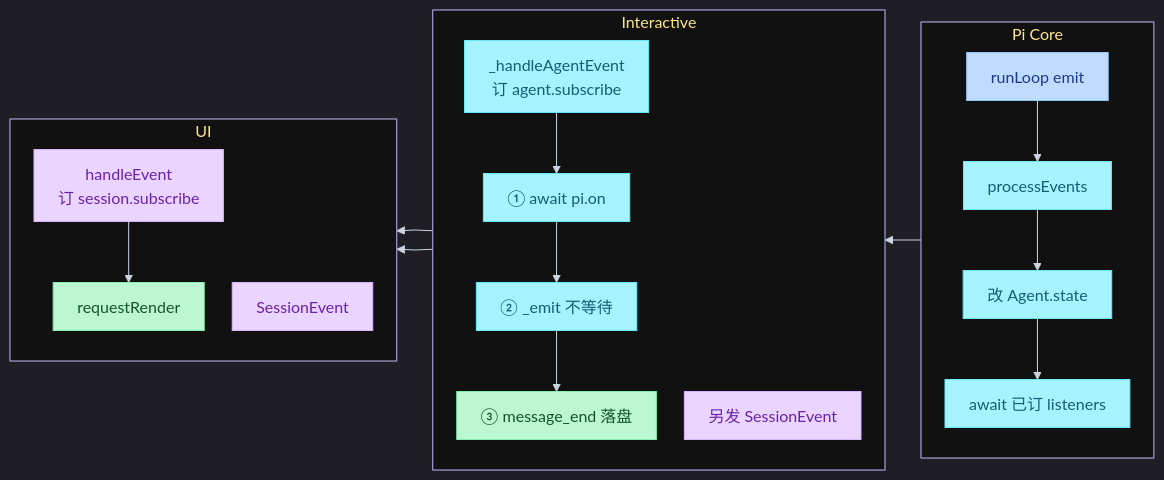
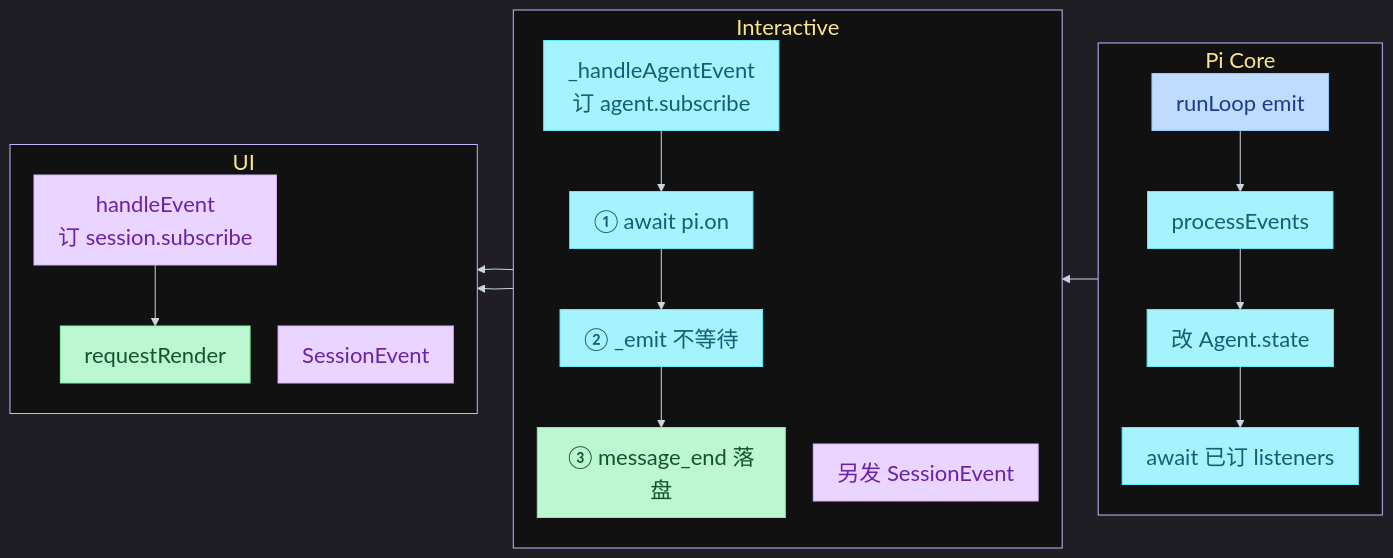
One commit to juliepy/AI-Engineer-from-scrach changed the first of 4 diagrams in 13-pi-agent/03-events.md. Above: the diagram before and after it, drawn with Mermaid. The commit also changed other lines of this file and 2 other files, not shown here.

First line of the commit message:
Rewrite Pi events notes around emit/subscribe and update mermaid drawing rules.

````diff
--- a/13-pi-agent/03-events.md
+++ b/13-pi-agent/03-events.md
@@ -52,50 +40,50 @@
 ```mermaid
-%%{init: {"theme": "dark", "flowchart": {"curve": "linear", "rankSpacing": 36, "nodeSpacing": 28, "padding": 12, "useMaxWidth": false}, "themeVariables": {"fontSize": "16px", "background": "#000000", "lineColor": "#CBD5E1", "clusterBkg": "#111111", "clusterBorder": "#C4B5FD", "titleColor": "#FDE68A", "edgeLabelBackground": "#111111"}}}%%
+%%{init: {"theme": "dark", "flowchart": {"curve": "linear", "rankSpacing": 36, "nodeSpacing": 28, "padding": 12, "useMaxWidth": false, "htmlLabels": true}, "themeVariables": {"fontSize": "22px", "background": "#000000", "lineColor": "#CBD5E1", "clusterBkg": "#111111", "clusterBorder": "#C4B5FD", "titleColor": "#FDE68A", "edgeLabelBackground": "#111111"}, "themeCSS": ".nodeLabel,.label,.cluster-label,span{font-size:22px!important}"}}%%
 flowchart RL
     subgraph uiLayer["UI"]
         direction TB
         HEV["handleEvent<br/>订 session.subscribe"]
         DRAW["requestRender"]
         HEVS["SessionEvent"]
         HEV --> DRAW
     end
 
     subgraph interactiveLayer["Interactive"]
         direction TB
         HA["_handleAgentEvent<br/>订 agent.subscribe"]
         EXT["① await pi.on"]
         UIEMIT["② _emit 不等待"]
         DISK["③ message_end 落盘"]
         EXTRA["另发 SessionEvent"]
         HA --> EXT
         EXT --> UIEMIT
         UIEMIT --> DISK
     end
 
     subgraph coreLayer["Pi Core"]
         direction TB
         LOOP["runLoop emit"]
         PE["processEvents"]
         ST["改 Agent.state"]
         LIS["await 已订 listeners"]
         LOOP --> PE
         PE --> ST
         ST --> LIS
     end
 
     LIS --> HA
     UIEMIT --> HEV
     EXTRA --> HEVS
 
-    classDef start fill:#BFDBFE,stroke:#93C5FD,color:#1E3A8A
-    classDef step fill:#A5F3FC,stroke:#67E8F9,color:#155E75
-    classDef prod fill:#E9D5FF,stroke:#D8B4FE,color:#6B21A8
-    classDef ok fill:#BBF7D0,stroke:#86EFAC,color:#14532D
-    classDef wrap fill:#111111,stroke:#C4B5FD,color:#FDE68A
+    classDef start fill:#BFDBFE,stroke:#93C5FD,color:#1E3A8A,font-size:22px
+    classDef step fill:#A5F3FC,stroke:#67E8F9,color:#155E75,font-size:22px
+    classDef prod fill:#E9D5FF,stroke:#D8B4FE,color:#6B21A8,font-size:22px
+    classDef ok fill:#BBF7D0,stroke:#86EFAC,color:#14532D,font-size:22px
+    classDef wrap fill:#111111,stroke:#C4B5FD,color:#FDE68A,font-size:22px
 
     class LOOP start
     class PE,ST,LIS,HA,EXT,UIEMIT step
     class EXTRA,HEV,HEVS prod
     class DISK,DRAW ok
     class uiLayer,interactiveLayer,coreLayer wrap
 ```
````
